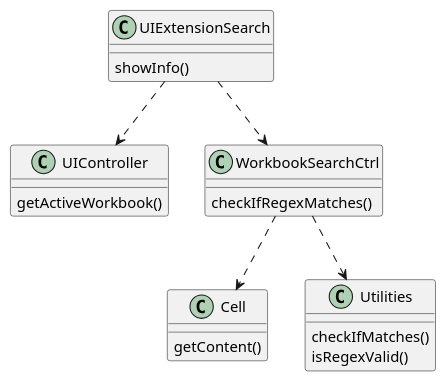
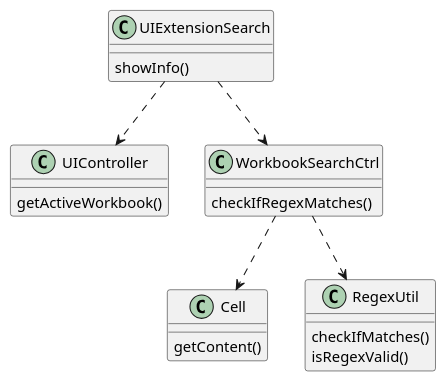
One commit to MikeTekOn/lapr4-2017-2dd changed the diagram in src/main/java/lapr4/red/s1/core/n1150613/workbookSearch/core07_01_design_cd.puml. Above: the diagram before and after it, drawn with PlantUML. The commit also changed 4 other files, not shown here.

Commit message:
LAPR4E17DD-146 #comment Functional RegexUtil class

```diff
--- a/src/main/java/lapr4/red/s1/core/n1150613/workbookSearch/core07_01_design_cd.puml
+++ b/src/main/java/lapr4/red/s1/core/n1150613/workbookSearch/core07_01_design_cd.puml
@@ -1,23 +1,23 @@
 @startuml
 class UIExtensionSearch{
     showInfo()
 }
 class UIController{
     getActiveWorkbook()
 }
 class WorkbookSearchCtrl{
     checkIfRegexMatches()
 }
 class Cell{
     getContent()
 }
-class Utilities {
+class RegexUtil {
     checkIfMatches()
     isRegexValid()
 }
 
 UIExtensionSearch ..> UIController
 UIExtensionSearch ..> WorkbookSearchCtrl
 WorkbookSearchCtrl ..> Cell
-WorkbookSearchCtrl ..> Utilities
+WorkbookSearchCtrl ..> RegexUtil
 @enduml
```
